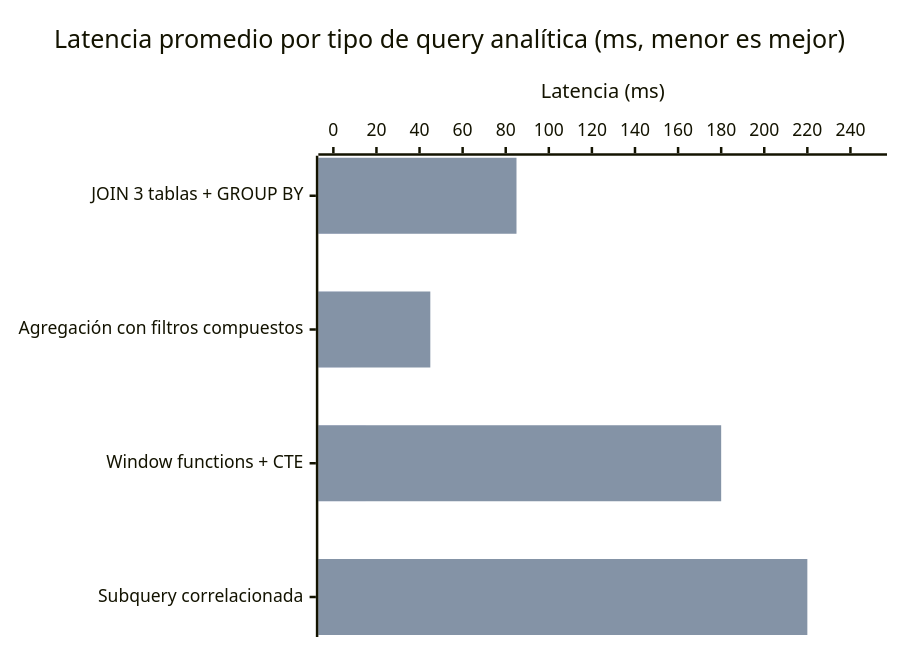
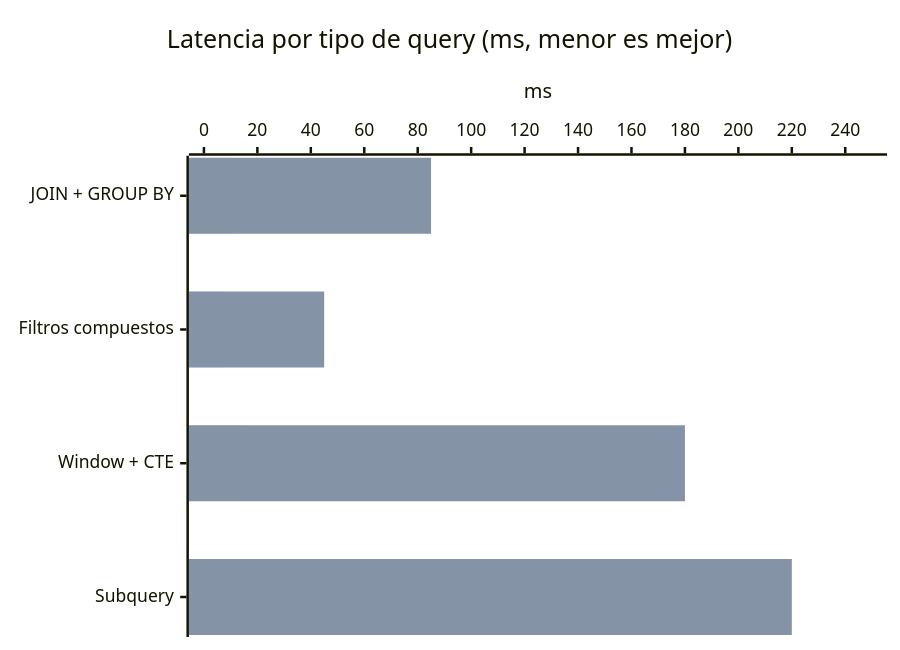
One commit to gmeono94/nua-salud-panel changed the second of 19 diagrams in README.md. Above: the diagram before and after it, drawn with Mermaid. The commit also changed other lines of this file, not shown here.

First line of the commit message:
fix: shorten Mermaid labels, fix 5→8 metrics text, rework team scaling

````diff
--- a/README.md
+++ b/README.md
@@ -293,8 +293,8 @@
 ```mermaid
 xychart-beta horizontal
-    title "Latencia promedio por tipo de query analítica (ms, menor es mejor)"
-    x-axis ["JOIN 3 tablas + GROUP BY", "Agregación con filtros compuestos", "Window functions + CTE", "Subquery correlacionada"]
-    y-axis "Latencia (ms)" 0 --> 250
+    title "Latencia por tipo de query (ms, menor es mejor)"
+    x-axis ["JOIN + GROUP BY", "Filtros compuestos", "Window + CTE", "Subquery"]
+    y-axis "ms" 0 --> 250
     bar "PostgreSQL" [12, 8, 15, 18]
-    bar "MongoDB ($lookup)" [85, 45, 180, 220]
+    bar "MongoDB" [85, 45, 180, 220]
 ```
````
